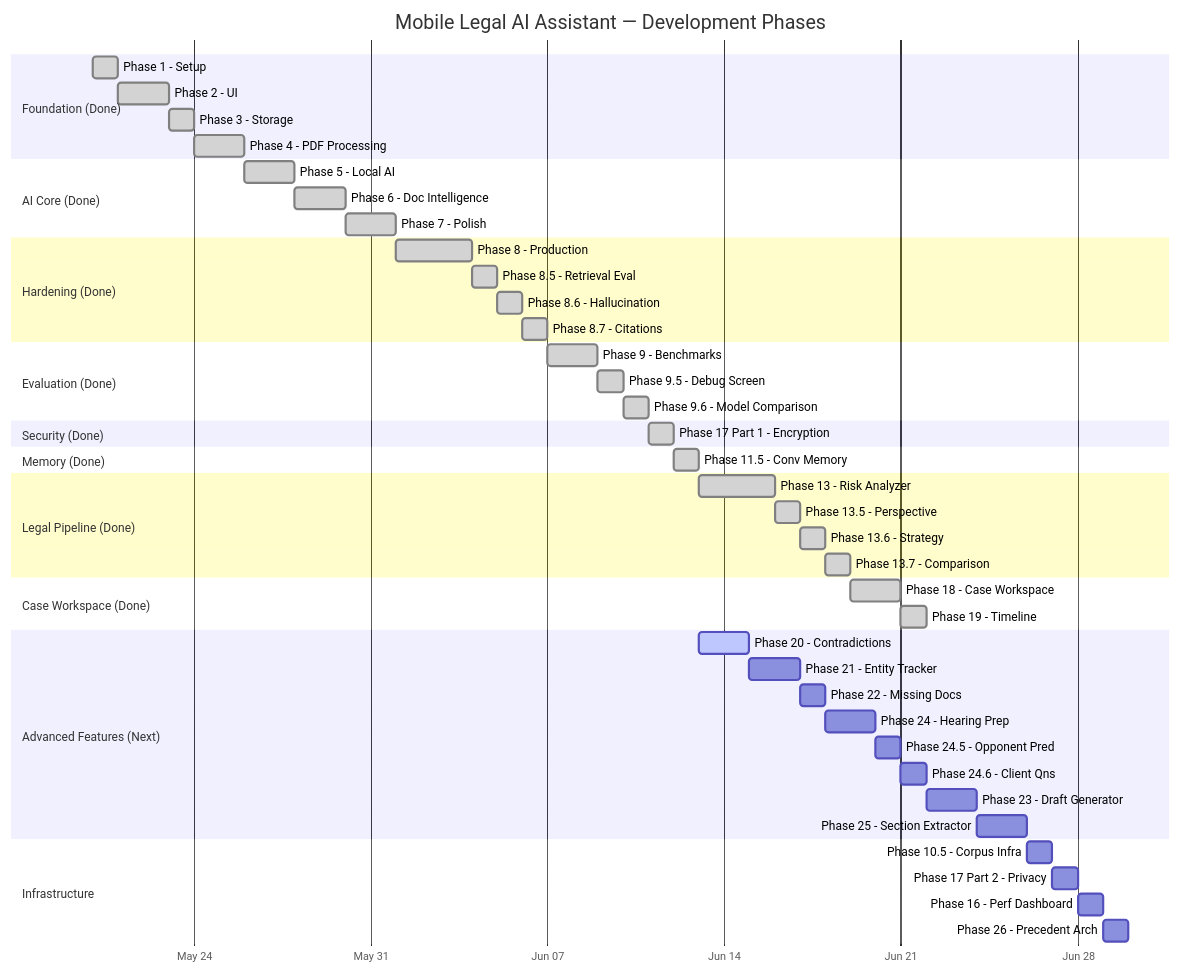
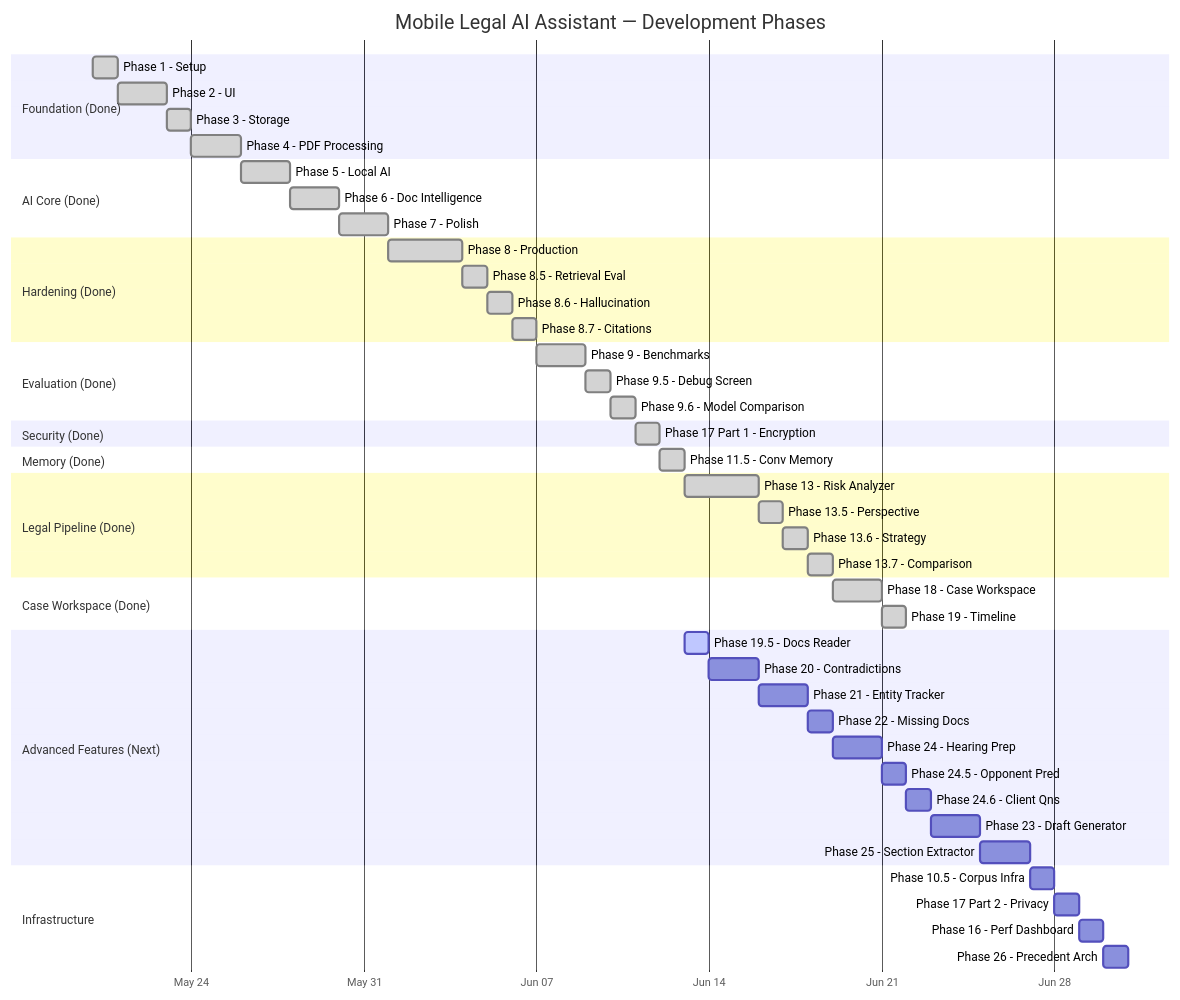
Before and after one commit to Nani040905/mobile-legal-ai-assistant: the second of 2 diagrams in docs/07-roadmap.md, drawn with Mermaid. The commit also changed other lines of this file and 1 other file, not shown here.

Commit message:
docs: Add Phase 19.5 (Docs Reader) to roadmap and implementation plan with changes summary table

````diff
--- a/docs/07-roadmap.md
+++ b/docs/07-roadmap.md
@@ -13,60 +13,61 @@
 ```mermaid
 gantt
     title Mobile Legal AI Assistant — Development Phases
     dateFormat YYYY-MM-DD
     axisFormat %b %d
 
     section Foundation (Done)
     Phase 1 - Setup             :done, p1, 2026-05-20, 1d
     Phase 2 - UI                :done, p2, after p1, 2d
     Phase 3 - Storage           :done, p3, after p2, 1d
     Phase 4 - PDF Processing    :done, p4, after p3, 2d
 
     section AI Core (Done)
     Phase 5 - Local AI          :done, p5, after p4, 2d
     Phase 6 - Doc Intelligence  :done, p6, after p5, 2d
     Phase 7 - Polish            :done, p7, after p6, 2d
 
     section Hardening (Done)
     Phase 8 - Production        :done, p8, after p7, 3d
     Phase 8.5 - Retrieval Eval  :done, p85, after p8, 1d
     Phase 8.6 - Hallucination   :done, p86, after p85, 1d
     Phase 8.7 - Citations       :done, p87, after p86, 1d
 
     section Evaluation (Done)
     Phase 9 - Benchmarks        :done, p9, after p87, 2d
     Phase 9.5 - Debug Screen    :done, p95, after p9, 1d
     Phase 9.6 - Model Comparison :done, p96, after p95, 1d
 
     section Security (Done)
     Phase 17 Part 1 - Encryption :done, p17a, after p96, 1d
 
     section Memory (Done)
     Phase 11.5 - Conv Memory    :done, p115, after p17a, 1d
 
     section Legal Pipeline (Done)
     Phase 13 - Risk Analyzer    :done, p13, after p115, 3d
     Phase 13.5 - Perspective    :done, p135, after p13, 1d
     Phase 13.6 - Strategy       :done, p136, after p135, 1d
     Phase 13.7 - Comparison     :done, p137, after p136, 1d
 
     section Case Workspace (Done)
     Phase 18 - Case Workspace   :done, p18, after p137, 2d
     Phase 19 - Timeline         :done, p19, after p18, 1d
 
     section Advanced Features (Next)
-    Phase 20 - Contradictions   :active, p20, 2026-06-13, 2d
+    Phase 19.5 - Docs Reader    :active, p195, 2026-06-13, 1d
+    Phase 20 - Contradictions   :p20, after p195, 2d
     Phase 21 - Entity Tracker   :p21, after p20, 2d
     Phase 22 - Missing Docs     :p22, after p21, 1d
     Phase 24 - Hearing Prep     :p24, after p22, 2d
     Phase 24.5 - Opponent Pred  :p245, after p24, 1d
     Phase 24.6 - Client Qns     :p246, after p245, 1d
     Phase 23 - Draft Generator  :p23, after p246, 2d
     Phase 25 - Section Extractor :p25, after p23, 2d
 
     section Infrastructure
     Phase 10.5 - Corpus Infra   :p105, after p25, 1d
     Phase 17 Part 2 - Privacy   :p17b, after p105, 1d
     Phase 16 - Perf Dashboard   :p16, after p17b, 1d
     Phase 26 - Precedent Arch   :p26, after p16, 1d
 ```
````
